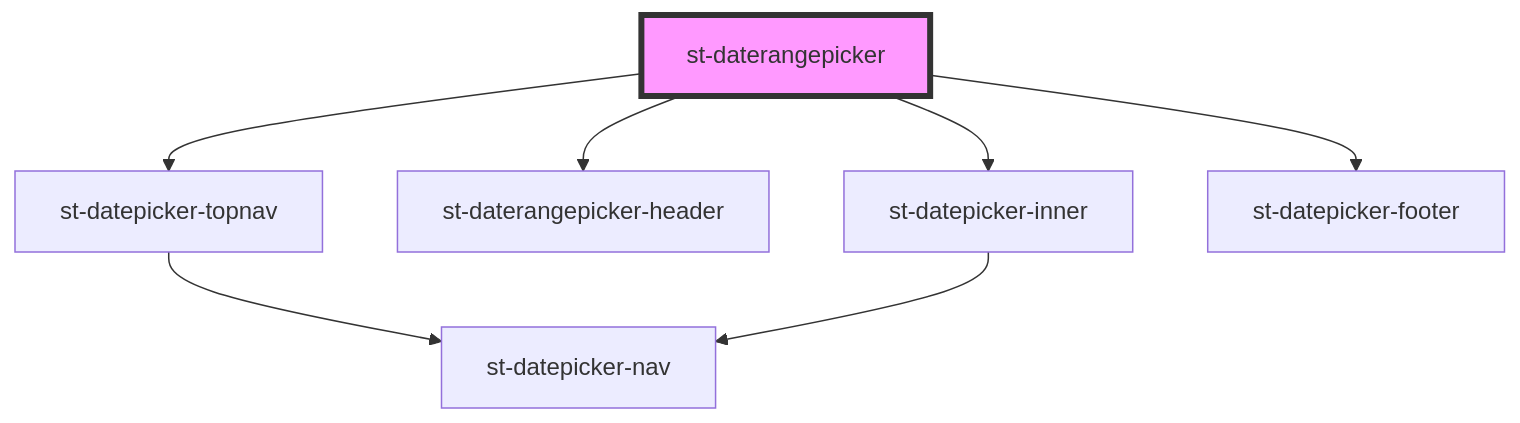
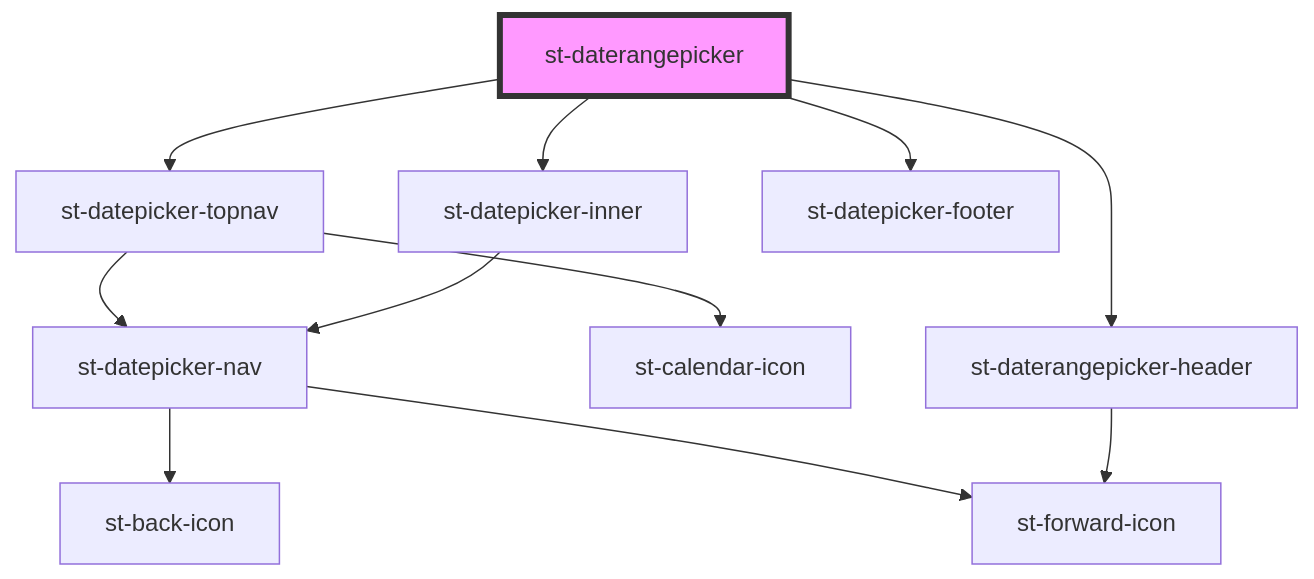
The diagram in src/components/st-daterangepicker/readme.md (k1laba/st-datepicker), drawn with Mermaid before and after one commit. The commit also changed 25 other files, not shown here.

````diff
--- a/src/components/st-daterangepicker/readme.md
+++ b/src/components/st-daterangepicker/readme.md
@@ -51,10 +51,14 @@
 ```mermaid
 graph TD;
   st-daterangepicker --> st-datepicker-topnav
   st-daterangepicker --> st-daterangepicker-header
   st-daterangepicker --> st-datepicker-inner
   st-daterangepicker --> st-datepicker-footer
+  st-datepicker-topnav --> st-calendar-icon
   st-datepicker-topnav --> st-datepicker-nav
+  st-datepicker-nav --> st-back-icon
+  st-datepicker-nav --> st-forward-icon
+  st-daterangepicker-header --> st-forward-icon
   st-datepicker-inner --> st-datepicker-nav
   style st-daterangepicker fill:#f9f,stroke:#333,stroke-width:4px
 ```
````
